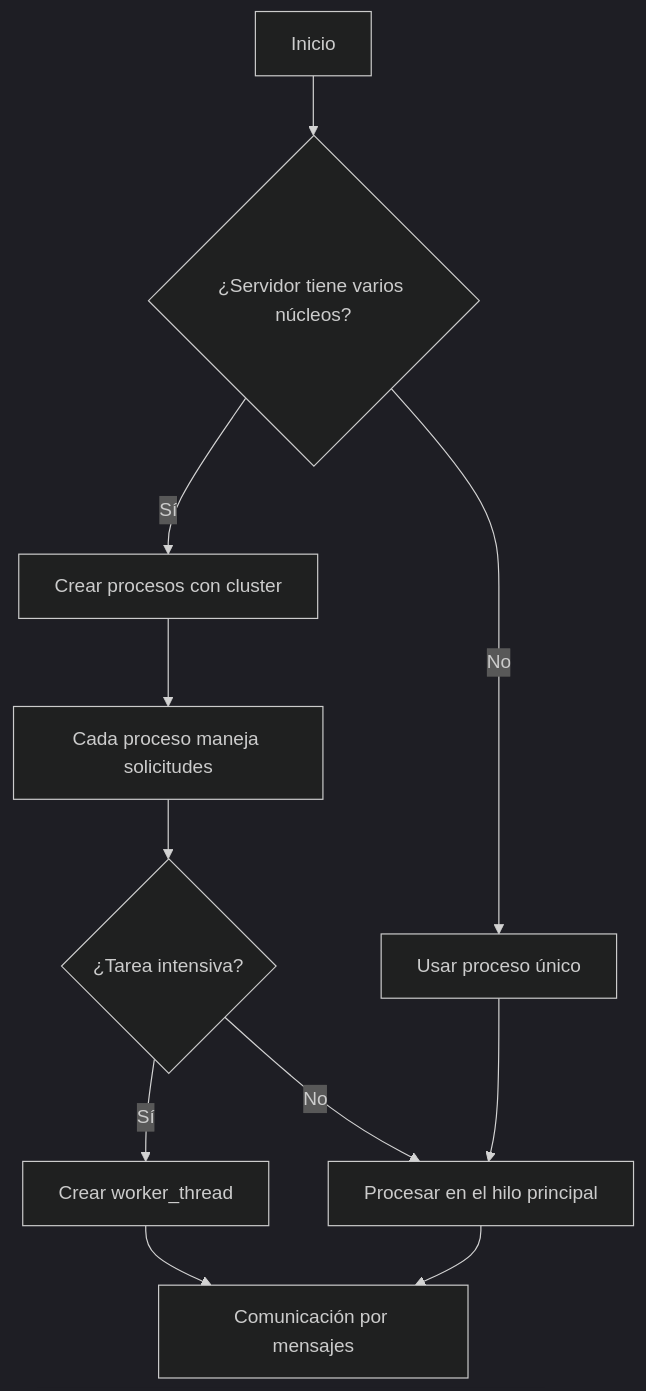
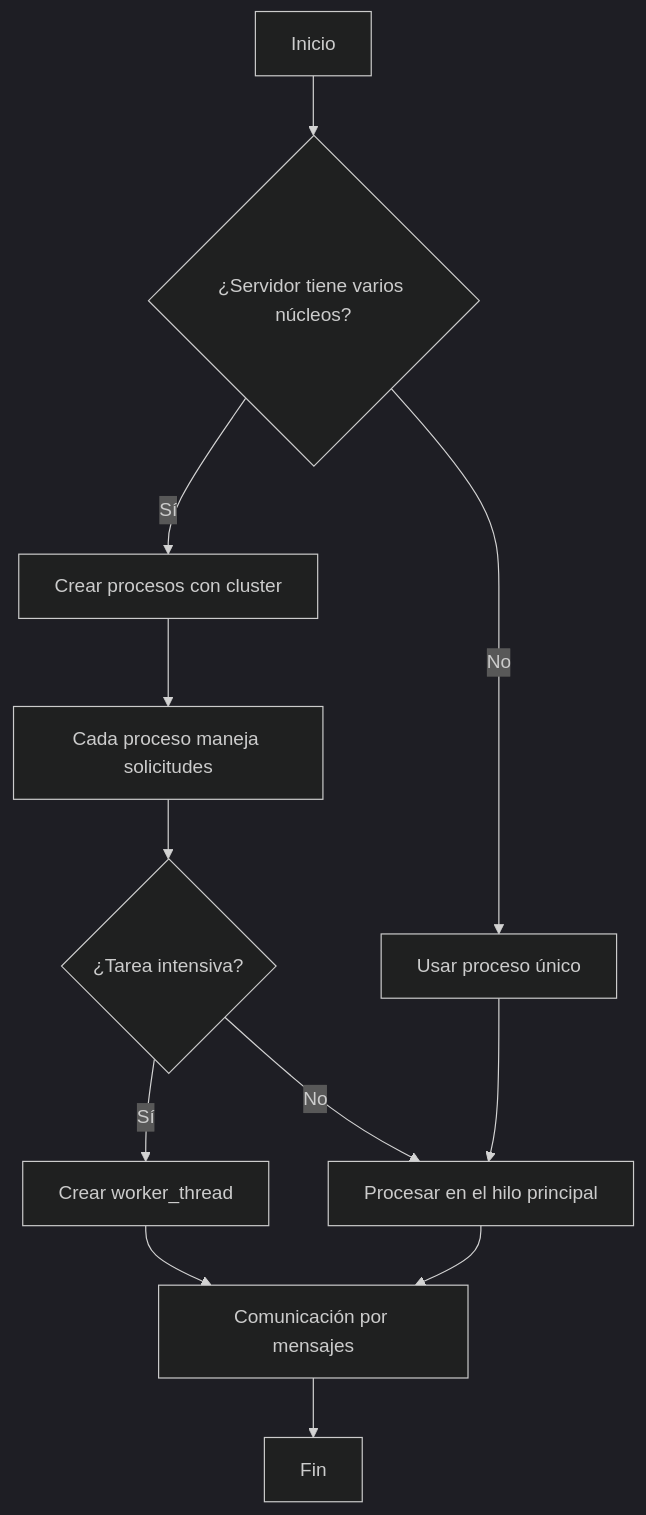
The diagram in docs/arquitectura/modelo_hilos_procesos.md (XALEX14410/sise_lite_hybrid), drawn with Mermaid (dark theme) before and after one commit. The commit also changed 1 other file, not shown here.

Commit message:
fix: correciones en el directorio docs/arquitectura

````diff
--- a/docs/arquitectura/modelo_hilos_procesos.md
+++ b/docs/arquitectura/modelo_hilos_procesos.md
@@ -28,13 +28,14 @@
 ```mermaid
 flowchart TD
-        A[Inicio] --> B{¿Servidor tiene varios núcleos?}
-        B -- Sí --> C[Crear procesos con cluster]
-        B -- No --> D[Usar proceso único]
-        C --> E[Cada proceso maneja solicitudes]
-        E --> F{¿Tarea intensiva?}
-        F -- Sí --> G[Crear worker_thread]
-        F -- No --> H[Procesar en el hilo principal]
-        G --> I[Comunicación por mensajes]
-        H --> I
-        D --> H
+    A[Inicio] --> B{¿Servidor tiene varios núcleos?}
+    B -- Sí --> C[Crear procesos con cluster]
+    B -- No --> D[Usar proceso único]
+    C --> E[Cada proceso maneja solicitudes]
+    E --> F{¿Tarea intensiva?}
+    F -- Sí --> G[Crear worker_thread]
+    F -- No --> H[Procesar en el hilo principal]
+    G --> I[Comunicación por mensajes]
+    H --> I
+    D --> H
+    I --> Z[Fin]
 ```
````
